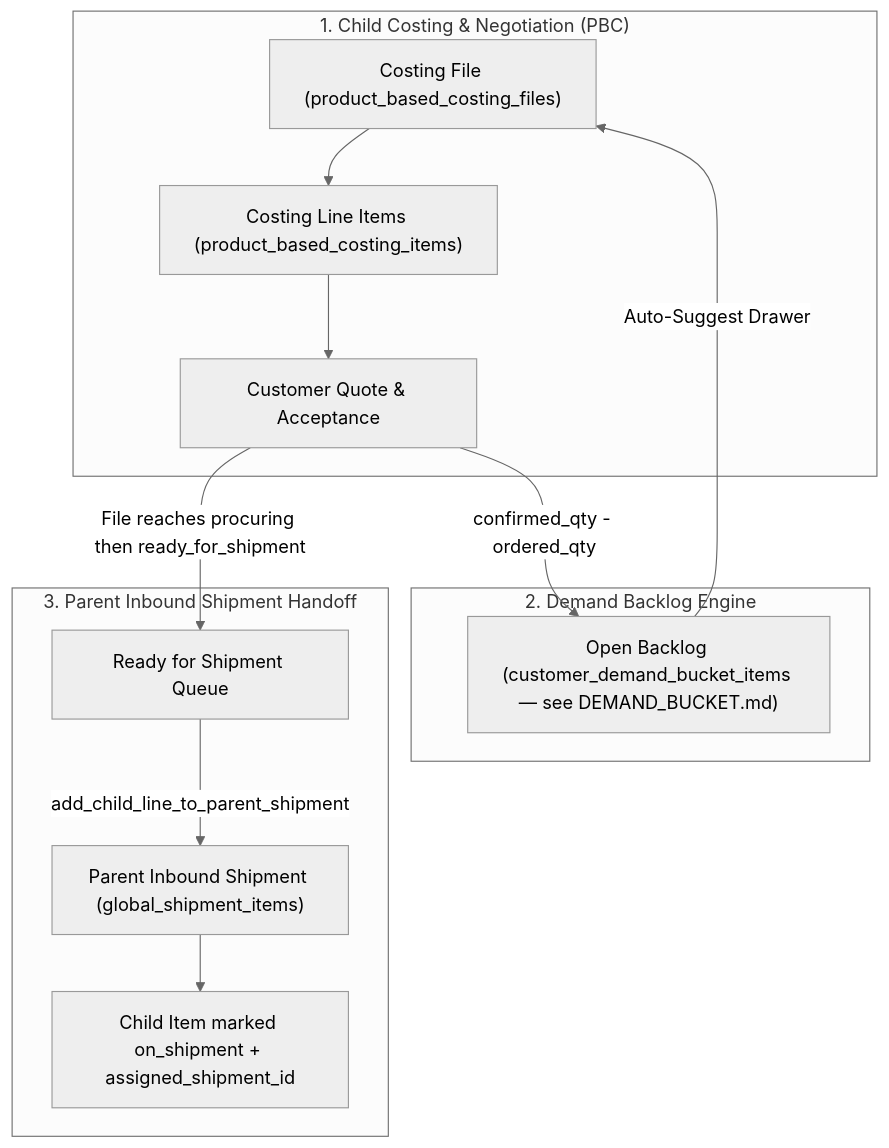
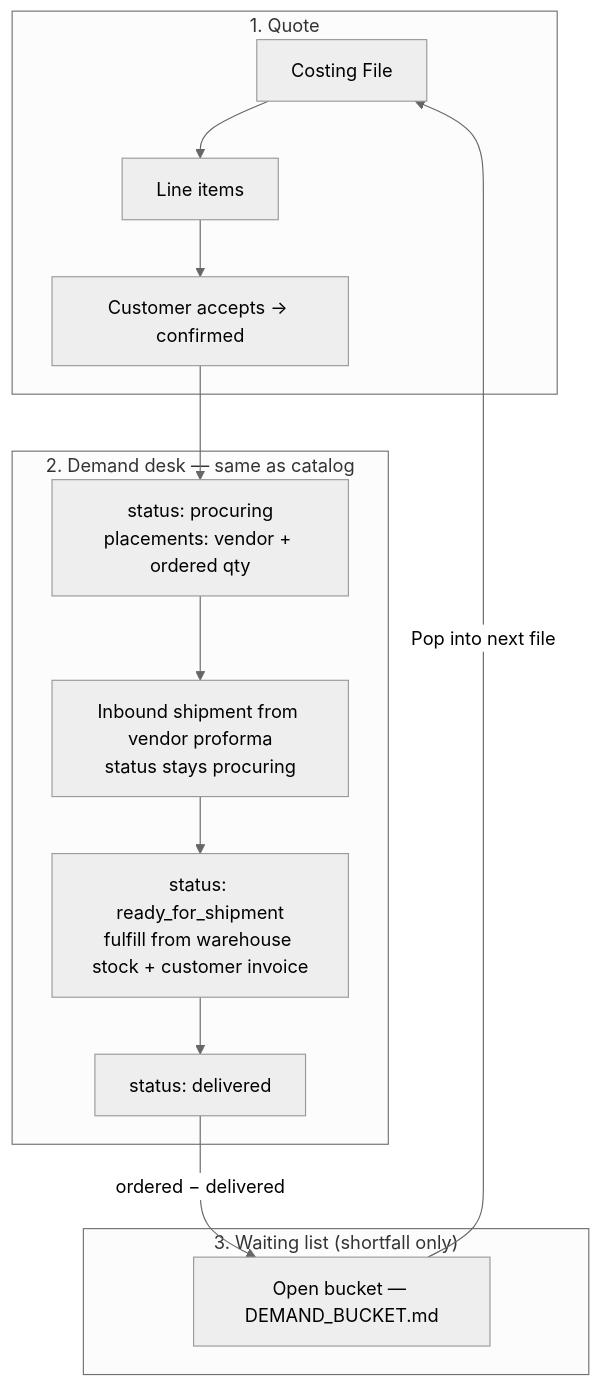
One commit to david-git-2/brandwala-wholesale-quasar-v2 changed the first of 2 diagrams in doc/product_based_costing/PBC_COSTING.md. Above: the diagram before and after it, drawn with Mermaid (neutral theme). The commit also changed other lines of this file and 17 other files, not shown here.

````diff
--- a/doc/product_based_costing/PBC_COSTING.md
+++ b/doc/product_based_costing/PBC_COSTING.md
@@ -11,18 +11,19 @@
 ```mermaid
 flowchart TD
-    subgraph ChildPBC ["1. Child Costing & Negotiation (PBC)"]
-        CF["Costing File (product_based_costing_files)"] --> ITEMS["Costing Line Items (product_based_costing_items)"]
-        ITEMS --> QUOTE["Customer Quote & Acceptance"]
+    subgraph ChildPBC ["1. Quote"]
+        CF["Costing File"] --> ITEMS["Line items"]
+        ITEMS --> QUOTE["Customer accepts → confirmed"]
     end
 
-    subgraph BacklogEngine ["2. Demand Backlog Engine"]
-        QUOTE -->|confirmed_qty - ordered_qty| BL["Open Backlog (customer_demand_bucket_items — see DEMAND_BUCKET.md)"]
-        BL -->|Auto-Suggest Drawer| CF
+    subgraph Demand ["2. Demand desk — same as catalog"]
+        QUOTE --> PR["status: procuring<br/>placements: vendor + ordered qty"]
+        PR --> SHIP["Inbound shipment from vendor proforma<br/>status stays procuring"]
+        SHIP --> RFS["status: ready_for_shipment<br/>fulfill from warehouse stock + customer invoice"]
+        RFS --> DEL["status: delivered"]
     end
 
-    subgraph ParentHandoff ["3. Parent Inbound Shipment Handoff"]
-        QUOTE -->|File reaches procuring then ready_for_shipment| READY["Ready for Shipment Queue"]
-        READY -->|add_child_line_to_parent_shipment| SHIP["Parent Inbound Shipment (global_shipment_items)"]
-        SHIP --> STAMP["Child Item marked on_shipment + assigned_shipment_id"]
+    subgraph BacklogEngine ["3. Waiting list (shortfall only)"]
+        DEL -->|ordered − delivered| BL["Open bucket — DEMAND_BUCKET.md"]
+        BL -->|Pop into next file| CF
     end
 ```
````
